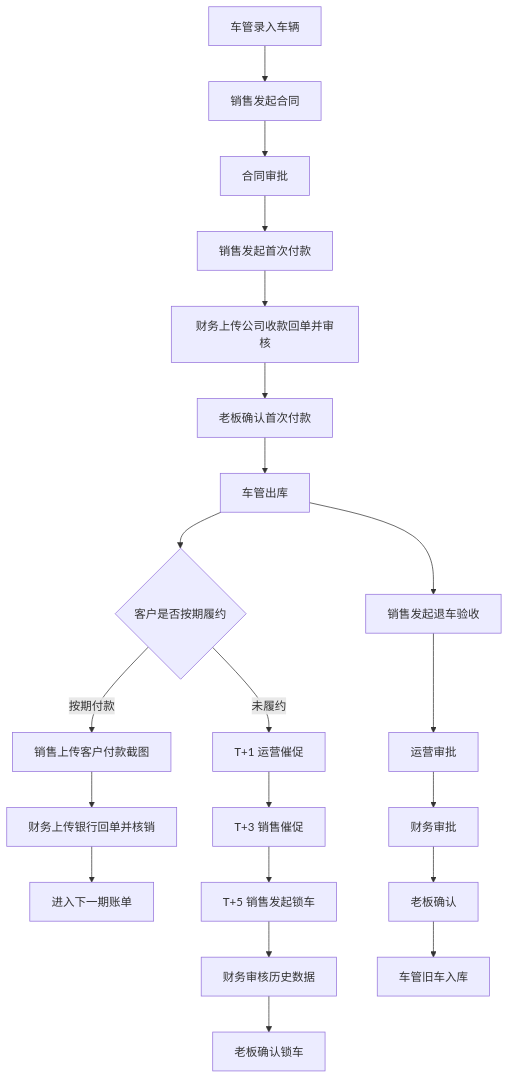
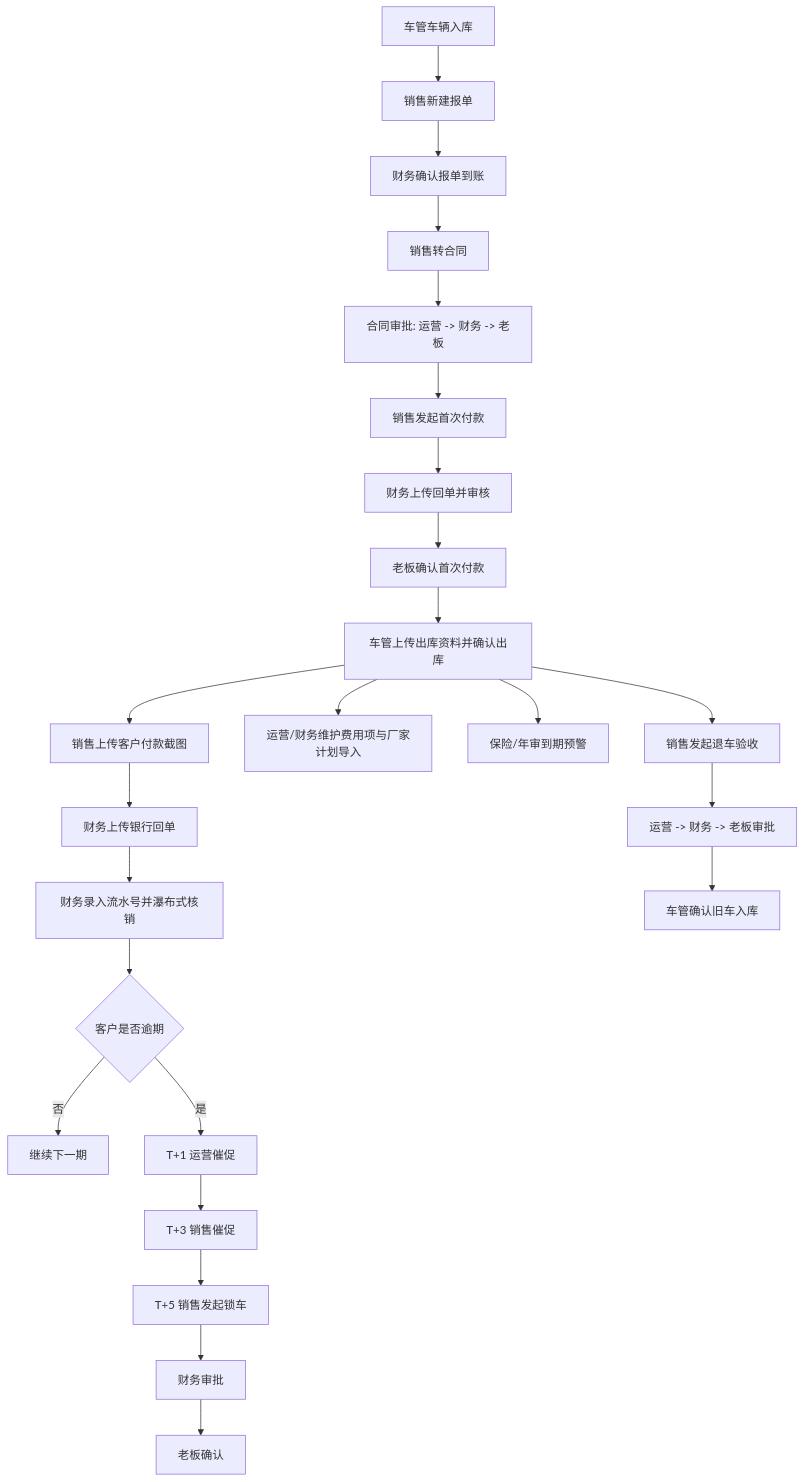
The diagram in docs/操作手册.md (erfaliu72/jiefang), drawn with Mermaid before and after one commit. The commit also changed other lines of this file and 31 other files, not shown here.

````diff
--- a/docs/操作手册.md
+++ b/docs/操作手册.md
@@ -22,23 +32,26 @@
 ```mermaid
 flowchart TD
-    A["车管录入车辆"] --> B["销售发起合同"]
-    B --> C["合同审批"]
-    C --> D["销售发起首次付款"]
-    D --> E["财务上传公司收款回单并审核"]
-    E --> F["老板确认首次付款"]
-    F --> G["车管出库"]
-    G --> H{"客户是否按期履约"}
-    H -->|按期付款| I["销售上传客户付款截图"]
-    I --> J["财务上传银行回单并核销"]
-    J --> K["进入下一期账单"]
-    H -->|未履约| L["T+1 运营催促"]
-    L --> M["T+3 销售催促"]
-    M --> N["T+5 销售发起锁车"]
-    N --> O["财务审核历史数据"]
-    O --> P["老板确认锁车"]
-    G --> Q["销售发起退车验收"]
-    Q --> R["运营审批"]
-    R --> S["财务审批"]
-    S --> T["老板确认"]
-    T --> U["车管旧车入库"]
+    A["车管车辆入库"] --> B["销售新建报单"]
+    B --> C["财务确认报单到账"]
+    C --> D["销售转合同"]
+    D --> E["合同审批: 运营 -> 财务 -> 老板"]
+    E --> F["销售发起首次付款"]
+    F --> G["财务上传回单并审核"]
+    G --> H["老板确认首次付款"]
+    H --> I["车管上传出库资料并确认出库"]
+    I --> J["销售上传客户付款截图"]
+    J --> K["财务上传银行回单"]
+    K --> L["财务录入流水号并瀑布式核销"]
+    I --> M["运营/财务维护费用项与厂家计划导入"]
+    I --> N["保险/年审到期预警"]
+    L --> O{"客户是否逾期"}
+    O -->|否| P["继续下一期"]
+    O -->|是| Q["T+1 运营催促"]
+    Q --> R["T+3 销售催促"]
+    R --> S["T+5 销售发起锁车"]
+    S --> T["财务审批"]
+    T --> U["老板确认"]
+    I --> V["销售发起退车验收"]
+    V --> W["运营 -> 财务 -> 老板审批"]
+    W --> X["车管确认旧车入库"]
 ```
````
